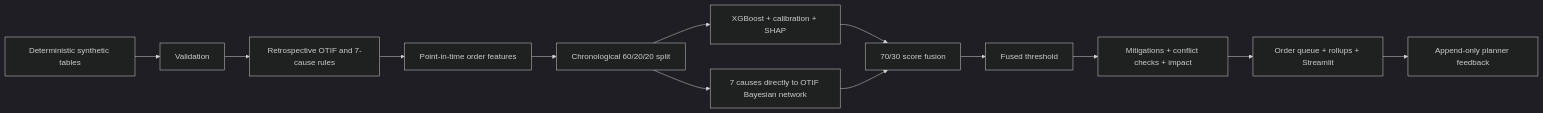
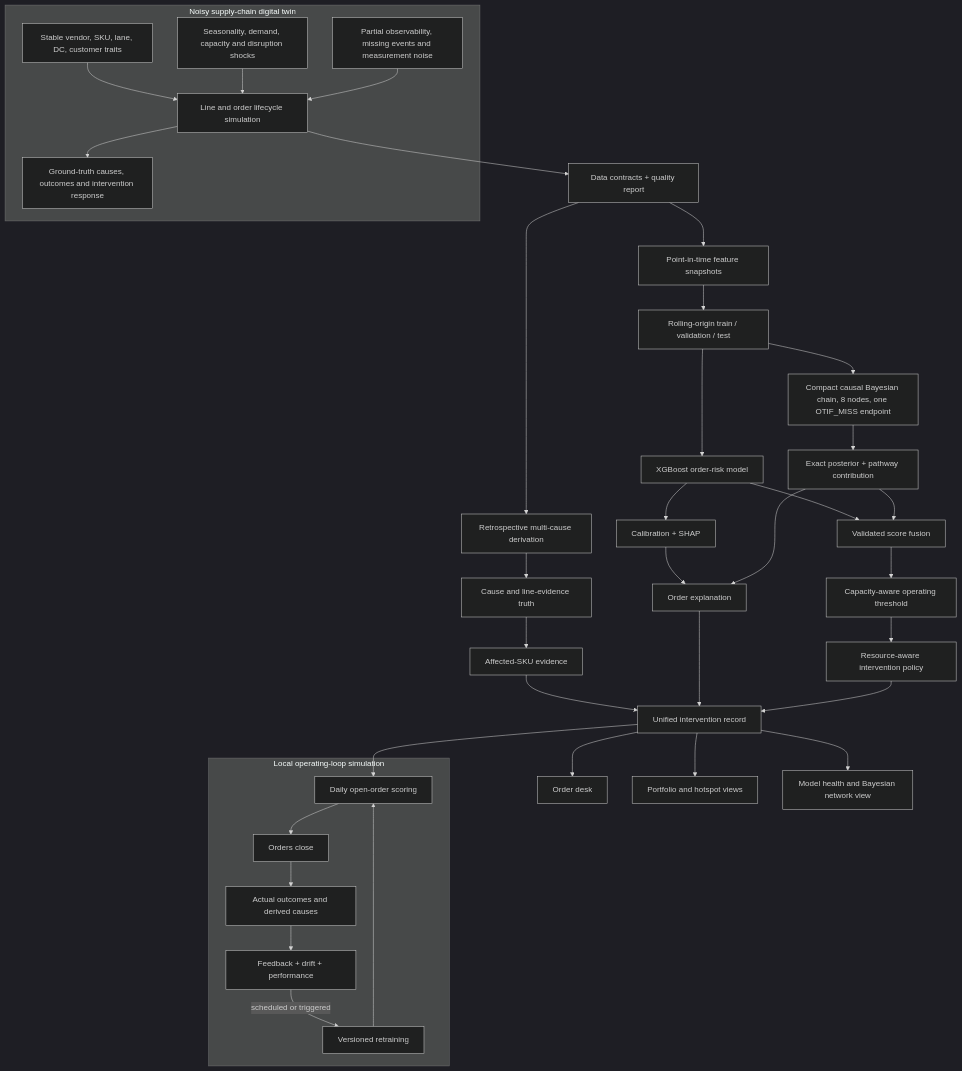
Before and after one commit to priyamvadarajpal17-collab/otif-risk-intelligence: the diagram in docs/architecture/current.mmd, drawn with Mermaid (dark theme). The commit also changed 7 other files, not shown here.

Commit message:
Document causal intelligence architecture

```diff
--- a/docs/architecture/current.mmd
+++ b/docs/architecture/current.mmd
@@ -1,16 +1,54 @@
-%% OTIF Risk Intelligence -- current (first-release) architecture.
+%% OTIF Risk Intelligence -- current (shipped, pre-causal-intelligence-studio) architecture.
 %% Canonical source: kept in sync with docs/architecture/diagrams.py and rendered
 %% to docs/architecture/current.svg by docs/architecture/generate.py.
-flowchart LR
-    A[Deterministic synthetic tables] --> B[Validation]
-    B --> C[Retrospective OTIF and 7-cause rules]
-    C --> D[Point-in-time order features]
-    D --> E[Chronological 60/20/20 split]
-    E --> F[XGBoost + calibration + SHAP]
-    E --> G[7 causes directly to OTIF Bayesian network]
-    F --> H[70/30 score fusion]
-    G --> H
-    H --> I[Fused threshold]
-    I --> J[Mitigations + conflict checks + impact]
-    J --> K[Order queue + rollups + Streamlit]
-    K --> L[Append-only planner feedback]
+%% This is the realistic-OTIF-demo iteration's architecture: a noisy digital
+%% twin, an 8-node compact causal Bayesian chain (one flat OTIF_MISS endpoint),
+%% evidence-based fusion, and a resource-aware operating loop. The next
+%% iteration (see target.mmd) replaces the 8-node chain with a 10-node
+%% mechanism graph and adds structural-intervention scenario analysis.
+flowchart TB
+    subgraph SIM[Noisy supply-chain digital twin]
+      A1[Stable vendor, SKU, lane, DC, customer traits]
+      A2[Seasonality, demand, capacity and disruption shocks]
+      A3[Partial observability, missing events and measurement noise]
+      A1 --> A4[Line and order lifecycle simulation]
+      A2 --> A4
+      A3 --> A4
+      A4 --> A5[Ground-truth causes, outcomes and intervention response]
+    end
+
+    A4 --> B[Data contracts + quality report]
+    B --> C1[Retrospective multi-cause derivation]
+    B --> C2[Point-in-time feature snapshots]
+    C1 --> C3[Cause and line-evidence truth]
+    C2 --> D[Rolling-origin train / validation / test]
+
+    D --> E1[XGBoost order-risk model]
+    E1 --> E2[Calibration + SHAP]
+    D --> F1[Compact causal Bayesian chain, 8 nodes, one OTIF_MISS endpoint]
+    F1 --> F2[Exact posterior + pathway contribution]
+
+    E1 --> G[Validated score fusion]
+    F2 --> G
+    G --> H[Capacity-aware operating threshold]
+
+    C3 --> I1[Affected-SKU evidence]
+    E2 --> I2[Order explanation]
+    F2 --> I2
+    H --> I3[Resource-aware intervention policy]
+    I1 --> J[Unified intervention record]
+    I2 --> J
+    I3 --> J
+
+    J --> K1[Order desk]
+    J --> K2[Portfolio and hotspot views]
+    J --> K3[Model health and Bayesian network view]
+
+    subgraph LOOP[Local operating-loop simulation]
+      L1[Daily open-order scoring] --> L2[Orders close]
+      L2 --> L3[Actual outcomes and derived causes]
+      L3 --> L4[Feedback + drift + performance]
+      L4 -->|scheduled or triggered| L5[Versioned retraining]
+      L5 --> L1
+    end
+    J --> L1
```
